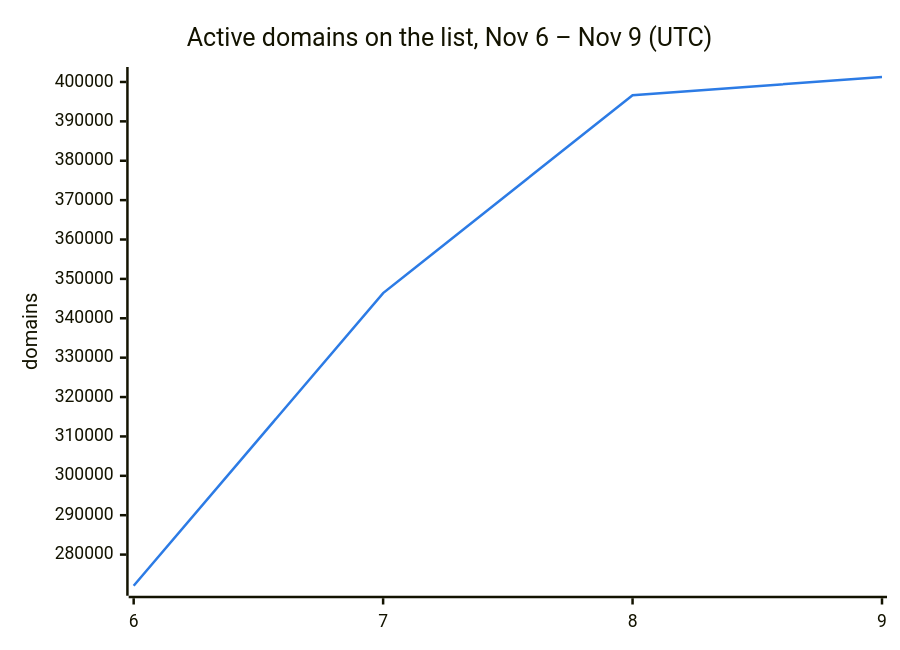
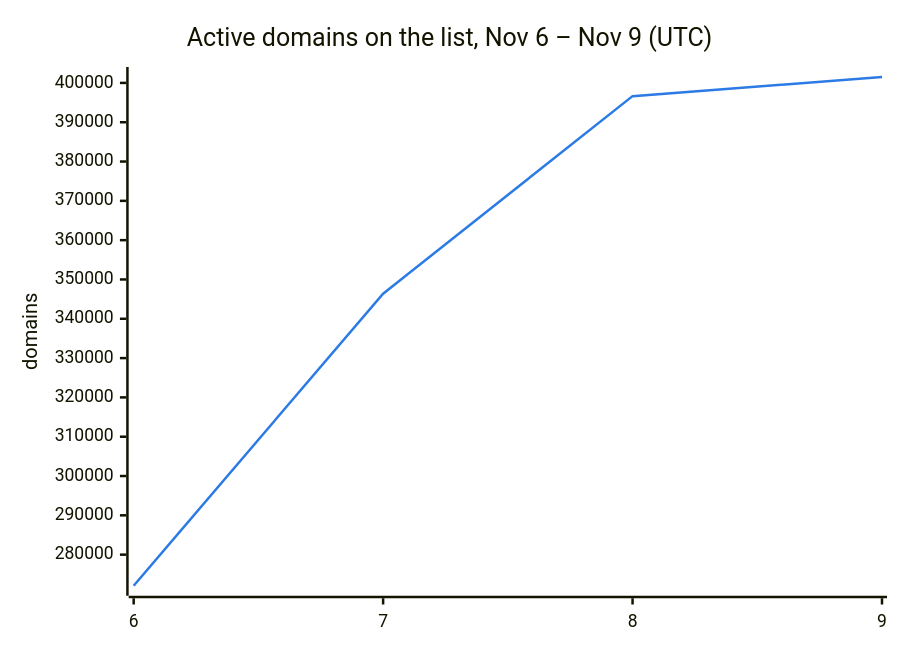
The second of 3 diagrams in README.md (DNSBunker/CTI), drawn with Mermaid before and after one commit. The commit also changed other lines of this file and 3 other files, not shown here.

````diff
--- a/README.md
+++ b/README.md
@@ -38,8 +38,8 @@
 ```mermaid
 %%{init: {"themeVariables": {"xyChart": {"plotColorPalette": "#2c7be5"}}}}%%
 xychart-beta
     title "Active domains on the list, Nov 6 – Nov 9 (UTC)"
     x-axis ["6", "7", "8", "9"]
     y-axis "domains"
-    line [272088, 346388, 396638, 401263]
+    line [272088, 346388, 396638, 401504]
 ```
````
